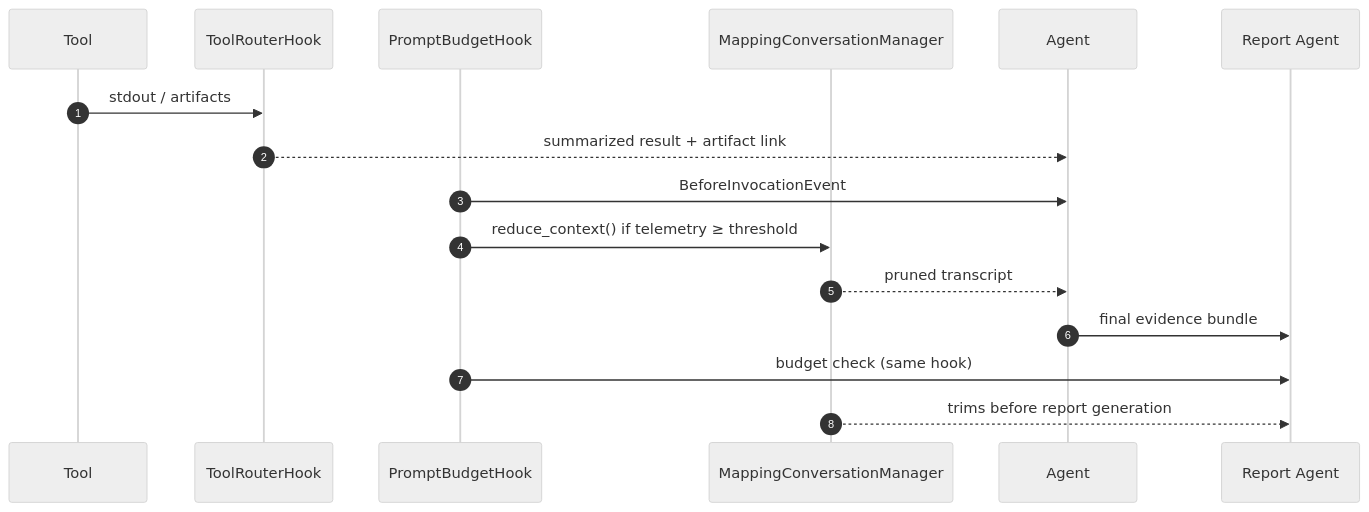
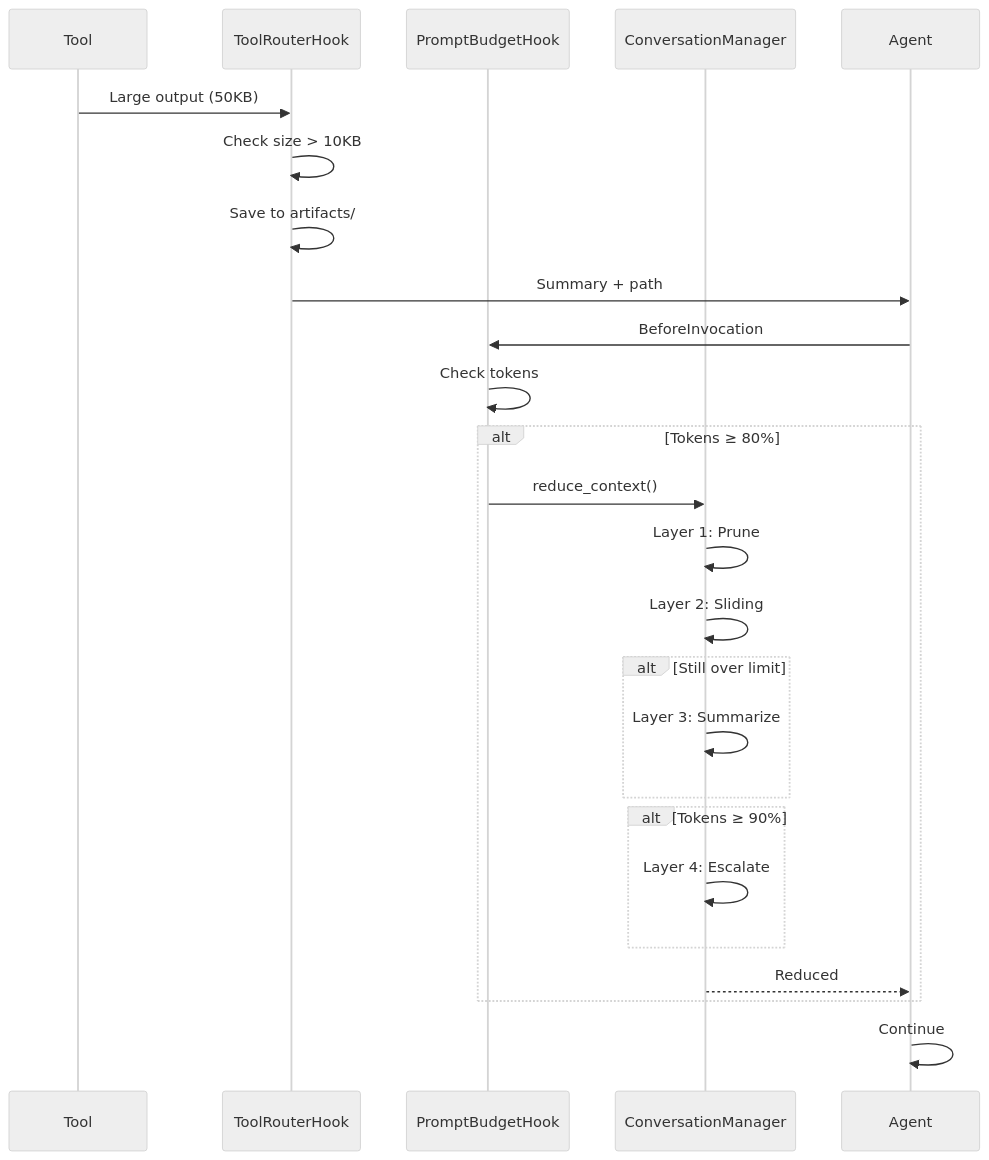
Before and after one commit to westonbrown/Cyber-AutoAgent: the second of 2 diagrams in docs/context_management.md, drawn with Mermaid (neutral theme). The commit also changed other lines of this file, not shown here.

````diff
--- a/docs/context_management.md
+++ b/docs/context_management.md
@@ -67,19 +40,34 @@
 ```mermaid
 sequenceDiagram
-    autonumber
-    participant Tool as Tool
+    participant Tool
     participant Router as ToolRouterHook
-    participant PBH as PromptBudgetHook
-    participant HCM as MappingConversationManager
+    participant Hook as PromptBudgetHook
+    participant Manager as ConversationManager
     participant Agent
-    participant Repo as Report Agent
 
-    Tool->>Router: stdout / artifacts
-    Router-->>Agent: summarized result + artifact link
-    PBH->>Agent: BeforeInvocationEvent
-    PBH->>HCM: reduce_context() if telemetry ≥ threshold
-    HCM-->>Agent: pruned transcript
-    Agent->>Repo: final evidence bundle
-    PBH->>Repo: budget check (same hook)
-    HCM-->>Repo: trims before report generation
+    Tool->>Router: Large output (50KB)
+    Router->>Router: Check size > 10KB
+    Router->>Router: Save to artifacts/
+    Router->>Agent: Summary + path
+
+    Agent->>Hook: BeforeInvocation
+    Hook->>Hook: Check tokens
+
+    alt Tokens ≥ 80%
+        Hook->>Manager: reduce_context()
+        Manager->>Manager: Layer 1: Prune
+        Manager->>Manager: Layer 2: Sliding
+
+        alt Still over limit
+            Manager->>Manager: Layer 3: Summarize
+        end
+
+        alt Tokens ≥ 90%
+            Manager->>Manager: Layer 4: Escalate
+        end
+
+        Manager-->>Agent: Reduced
+    end
+
+    Agent->>Agent: Continue
 ```
````
